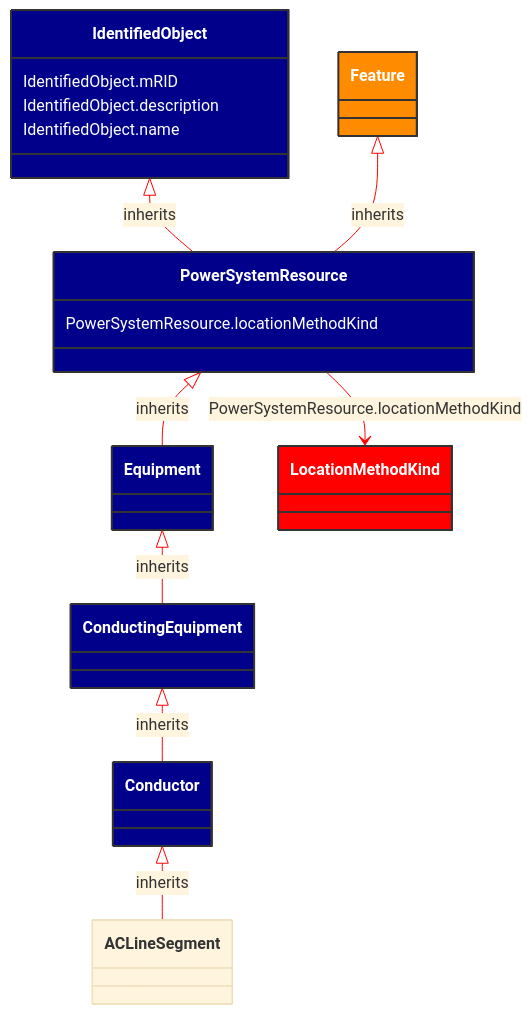
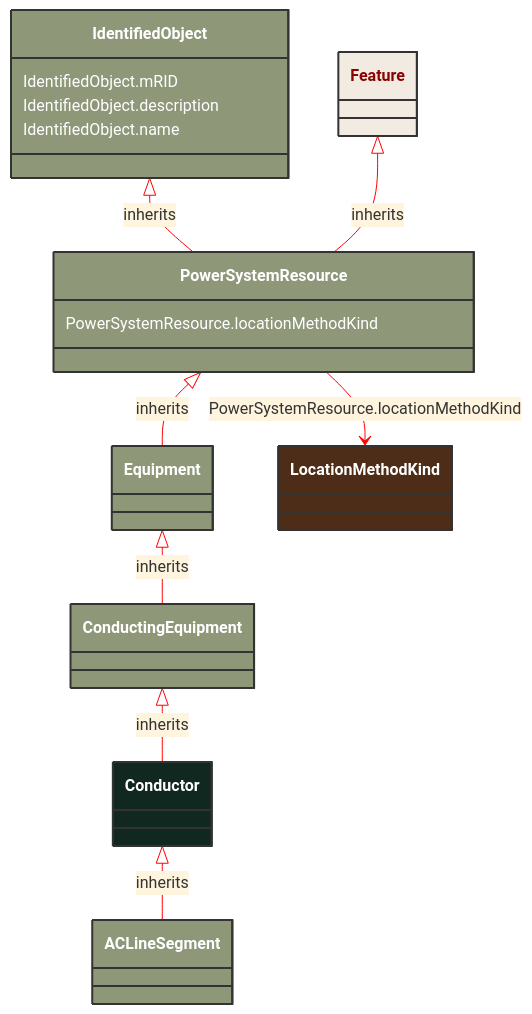
One commit to 3lbits/NoCIMExtensions changed the diagram in docs/Models/Profiles/AviationObstacle/AbstractClasses/Conductor.md. Above: the diagram before and after it, drawn with Mermaid. The commit also changed 190 other files, not shown here.

````diff
--- a/docs/Models/Profiles/AviationObstacle/AbstractClasses/Conductor.md
+++ b/docs/Models/Profiles/AviationObstacle/AbstractClasses/Conductor.md
@@ -10,47 +10,45 @@
 ```mermaid
 %%{init: {'theme':'base','themeVariables': {'lineColor': '#FF0000'}}}%%
 classDiagram
     class Conductor
     click Conductor href "/Models/Profiles/AviationObstacle/AbstractClasses/Conductor/"
-    style Conductor fill:#006400,stroke:#333,stroke-width:2px,rx:10,ry:10,color:white
+    style Conductor fill:#102820,stroke:#333,stroke-width:2px,rx:10,ry:10,color:white
 
         Conductor <|-- ACLineSegment : inherits
-            click Conductor href "/Models/Profiles/AviationObstacle/AbstractClasses/Conductor/"
-            style Conductor fill:#00008B,stroke:#333,stroke-width:2px,rx:10,ry:10,color:white
 
         ACLineSegment
             click ACLineSegment href "/Models/Profiles/AviationObstacle/ConcreteClasses/ACLineSegment/"
-            style Conductor fill:#00008B,stroke:#333,stroke-width:2px,rx:10,ry:10,color:white
-
+            style ACLineSegment fill:#8F9779,stroke:#333,stroke-width:2px,rx:10,ry:10,color:white
+     
         ConductingEquipment <|-- Conductor : inherits
             click ConductingEquipment href "/Models/Profiles/AviationObstacle/AbstractClasses/ConductingEquipment/"
-            style ConductingEquipment fill:#00008B,stroke:#333,stroke-width:2px,rx:10,ry:10,color:white
-
+            style ConductingEquipment fill:#8F9779,stroke:#333,stroke-width:2px,rx:10,ry:10,color:white
+     
         Equipment <|-- ConductingEquipment : inherits
             click Equipment href "/Models/Profiles/AviationObstacle/AbstractClasses/Equipment/"
-            style Equipment fill:#00008B,stroke:#333,stroke-width:2px,rx:10,ry:10,color:white
-
+            style Equipment fill:#8F9779,stroke:#333,stroke-width:2px,rx:10,ry:10,color:white
+     
         PowerSystemResource <|-- Equipment : inherits
             click PowerSystemResource href "/Models/Profiles/AviationObstacle/AbstractClasses/PowerSystemResource/"
-            style PowerSystemResource fill:#00008B,stroke:#333,stroke-width:2px,rx:10,ry:10,color:white
-
+            style PowerSystemResource fill:#8F9779,stroke:#333,stroke-width:2px,rx:10,ry:10,color:white
+     
         IdentifiedObject <|-- PowerSystemResource : inherits
             click IdentifiedObject href "/Models/Profiles/AviationObstacle/AbstractClasses/IdentifiedObject/"
-            style IdentifiedObject fill:#00008B,stroke:#333,stroke-width:2px,rx:10,ry:10,color:white
+            style IdentifiedObject fill:#8F9779,stroke:#333,stroke-width:2px,rx:10,ry:10,color:white
 
         Feature <|-- PowerSystemResource : inherits
             click Feature href "/Models/Profiles/AviationObstacle/ConcreteClasses/Feature/"
-            style Feature fill:#FF8C00,stroke:#333,stroke-width:2px,rx:10,ry:10,color:white
+            style Feature fill:#F2EBE2,stroke:#333,stroke-width:2px,rx:10,ry:10,color:#8A0303
 
 
         PowerSystemResource --> LocationMethodKind : PowerSystemResource.locationMethodKind
 
         LocationMethodKind
             click LocationMethodKind href "/Models/Profiles/AviationObstacle/Enumerations/LocationMethodKind/"
-            style LocationMethodKind fill:#FF0000,stroke:#333,stroke-width:2px,rx:10,ry:10,color:white
+            style LocationMethodKind fill:#4D2D18,stroke:#333,stroke-width:2px,rx:10,ry:10,color:white
 
         PowerSystemResource : PowerSystemResource.locationMethodKind
         IdentifiedObject : IdentifiedObject.mRID
         IdentifiedObject : IdentifiedObject.description
         IdentifiedObject : IdentifiedObject.name
 ```
````
